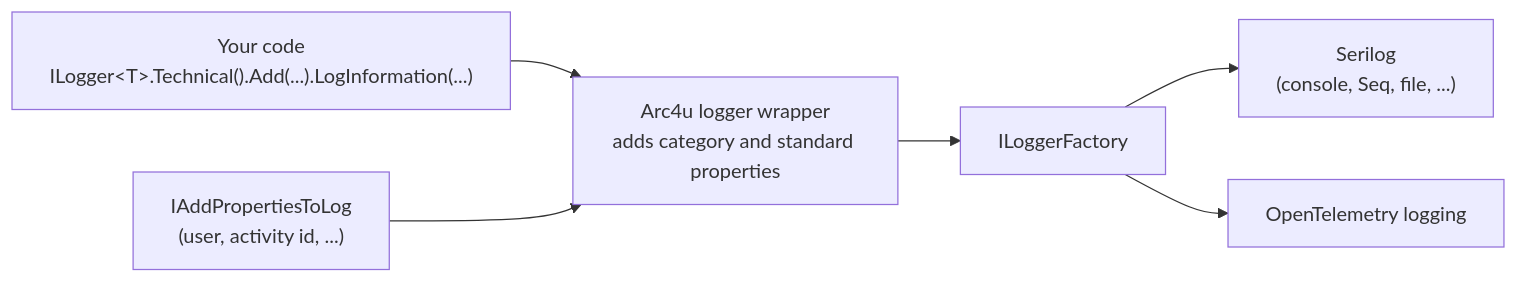
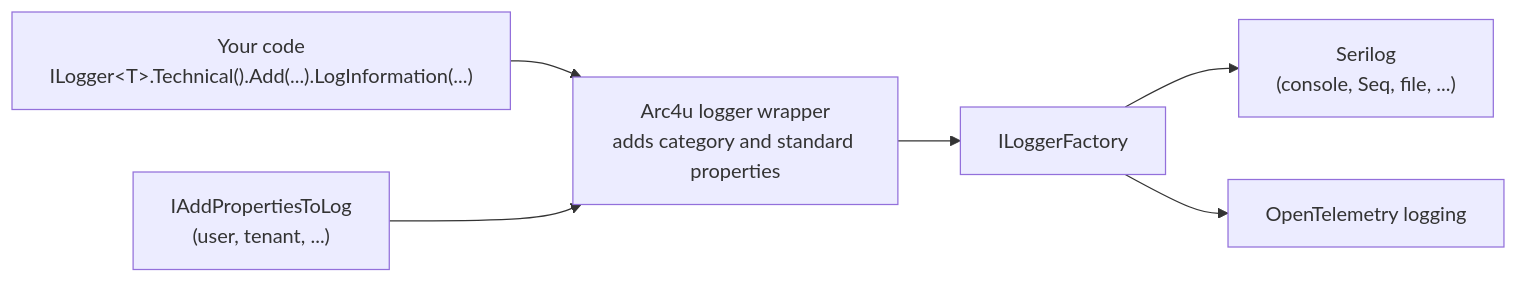
One commit to Arc4u-org/Arc4u changed the first of 2 diagrams in docs/guides/diagnostics/index.md. Above: the diagram before and after it, drawn with Mermaid. The commit also changed other lines of this file and 17 other files, not shown here.

Commit message:
Fix IAddPropertiesToLog Scoped and Transient. Remove UserProfile.Name property => use more the email which is part of all IDP. Fix issue #237

````diff
--- a/docs/guides/diagnostics/index.md
+++ b/docs/guides/diagnostics/index.md
@@ -18,8 +18,8 @@
 ```mermaid
 flowchart LR
     App["Your code<br/>ILogger#lt;T#gt;.Technical().Add(...).LogInformation(...)"] --> Wrapper["Arc4u logger wrapper<br/>adds category and standard properties"]
-    Provider["IAddPropertiesToLog<br/>(user, activity id, ...)"] --> Wrapper
+    Provider["IAddPropertiesToLog<br/>(user, tenant, ...)"] --> Wrapper
     Wrapper --> Factory["ILoggerFactory"]
     Factory --> Serilog["Serilog<br/>(console, Seq, file, ...)"]
     Factory --> Otel["OpenTelemetry logging"]
 ```
````
